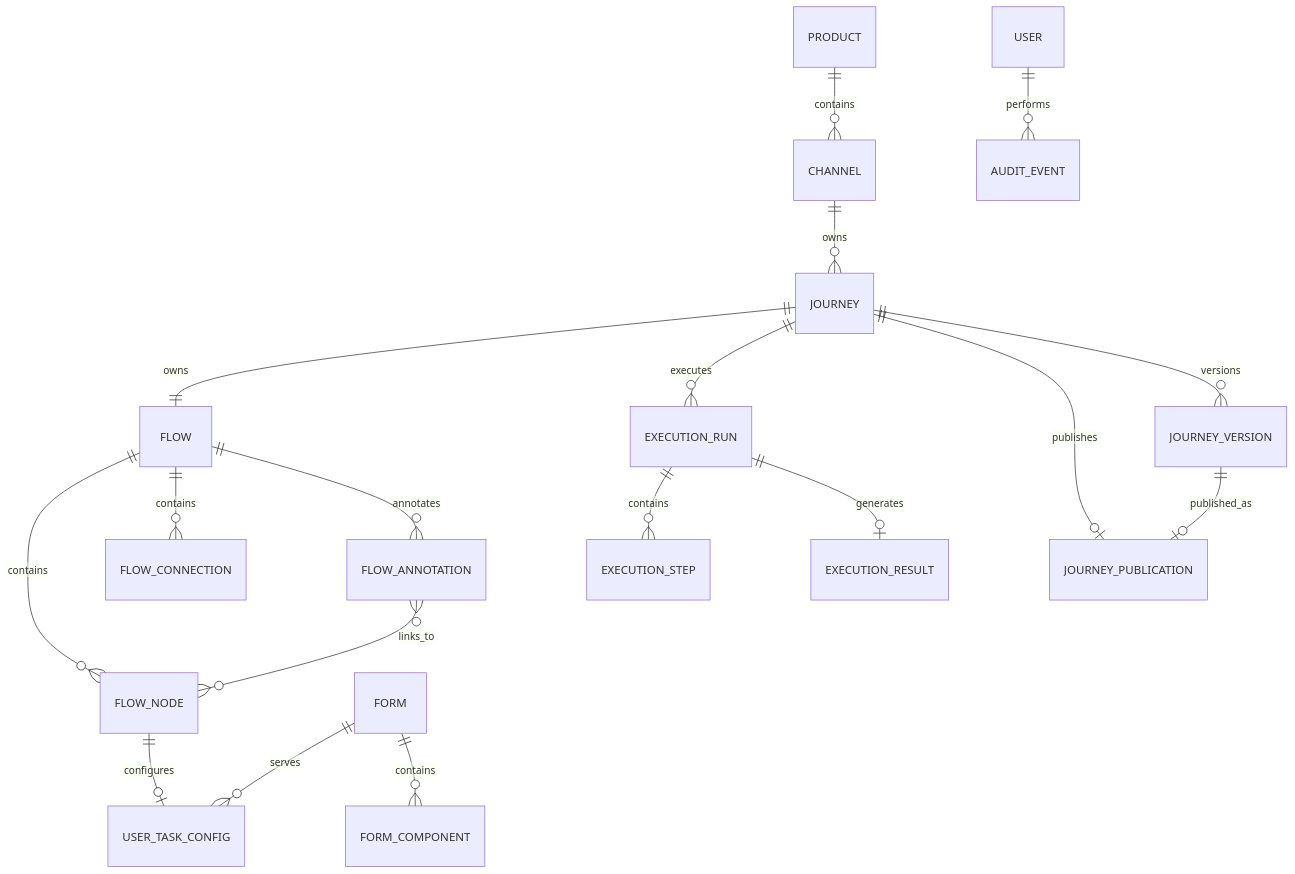
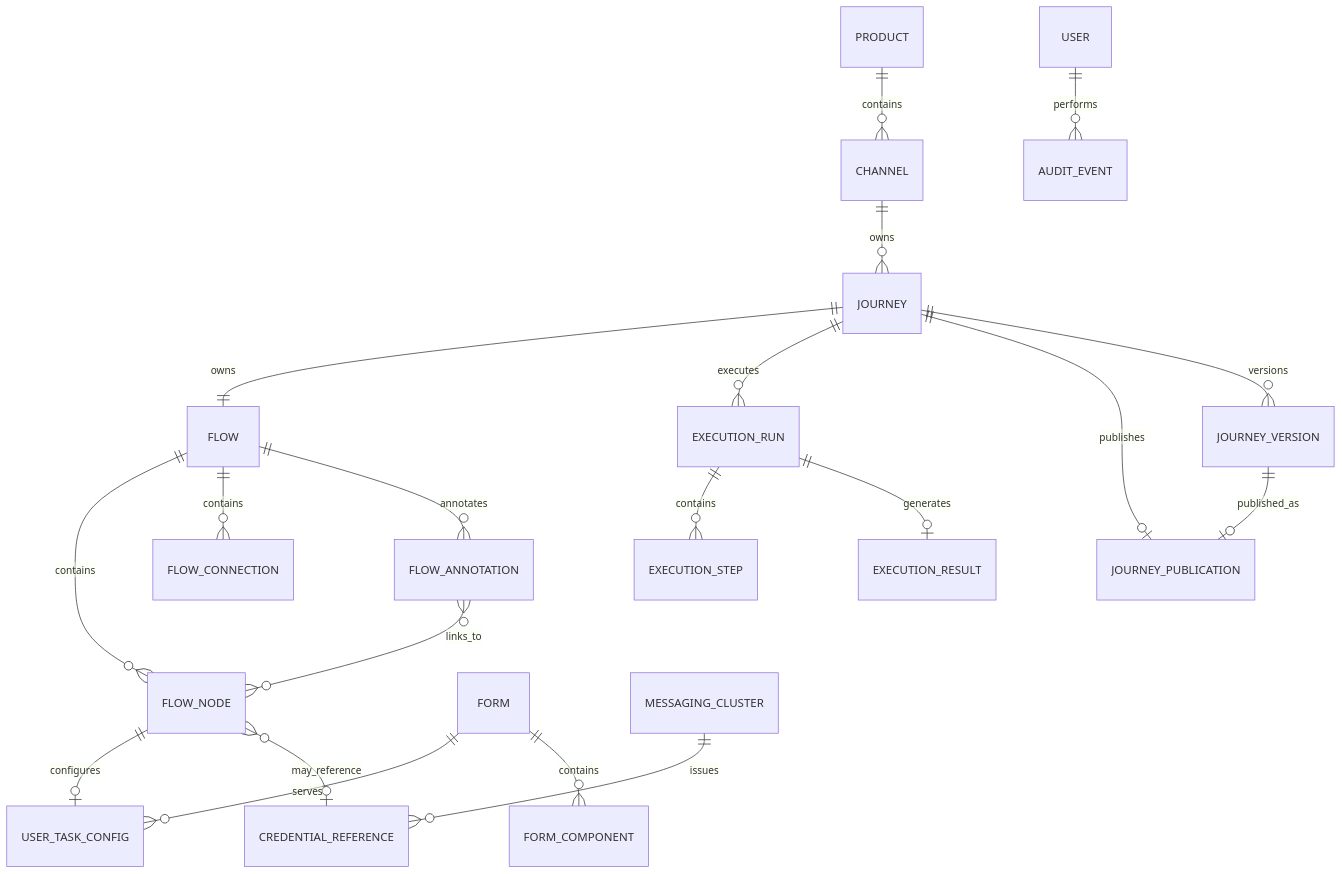
Before and after one commit to hermesnet-git/journey-admin: the fourth of 4 diagrams in requisitos/admin/ej-admin-modelo-dados-conceitual.md, drawn with Mermaid. The commit also changed other lines of this file and 82 other files, not shown here.

````diff
--- a/requisitos/admin/ej-admin-modelo-dados-conceitual.md
+++ b/requisitos/admin/ej-admin-modelo-dados-conceitual.md
@@ -361,24 +398,27 @@
 ```mermaid
 erDiagram
     PRODUCT ||--o{ CHANNEL : contains
     CHANNEL ||--o{ JOURNEY : owns
 
     JOURNEY ||--|| FLOW : owns
     FLOW ||--o{ FLOW_NODE : contains
     FLOW ||--o{ FLOW_CONNECTION : contains
     FLOW ||--o{ FLOW_ANNOTATION : annotates
     FLOW_ANNOTATION }o--o{ FLOW_NODE : links_to
 
     FLOW_NODE ||--o| USER_TASK_CONFIG : configures
     FORM ||--o{ USER_TASK_CONFIG : serves
     FORM ||--o{ FORM_COMPONENT : contains
 
     JOURNEY ||--o{ EXECUTION_RUN : executes
     EXECUTION_RUN ||--o{ EXECUTION_STEP : contains
     EXECUTION_RUN ||--o| EXECUTION_RESULT : generates
 
     JOURNEY ||--o| JOURNEY_PUBLICATION : publishes
     JOURNEY ||--o{ JOURNEY_VERSION : versions
     JOURNEY_VERSION ||--o| JOURNEY_PUBLICATION : published_as
     USER ||--o{ AUDIT_EVENT : performs
+
+    MESSAGING_CLUSTER ||--o{ CREDENTIAL_REFERENCE : issues
+    FLOW_NODE }o--o| CREDENTIAL_REFERENCE : may_reference
 ```
````
